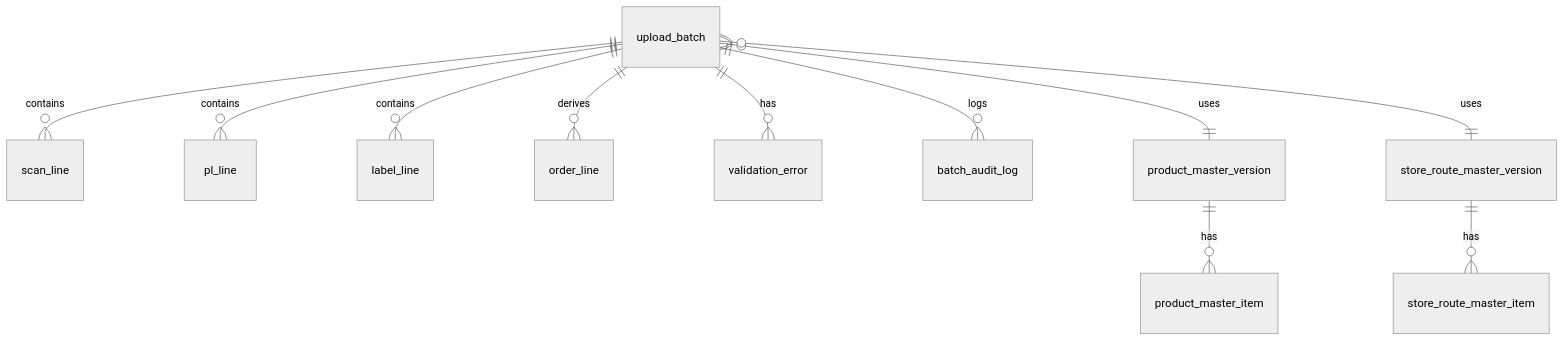
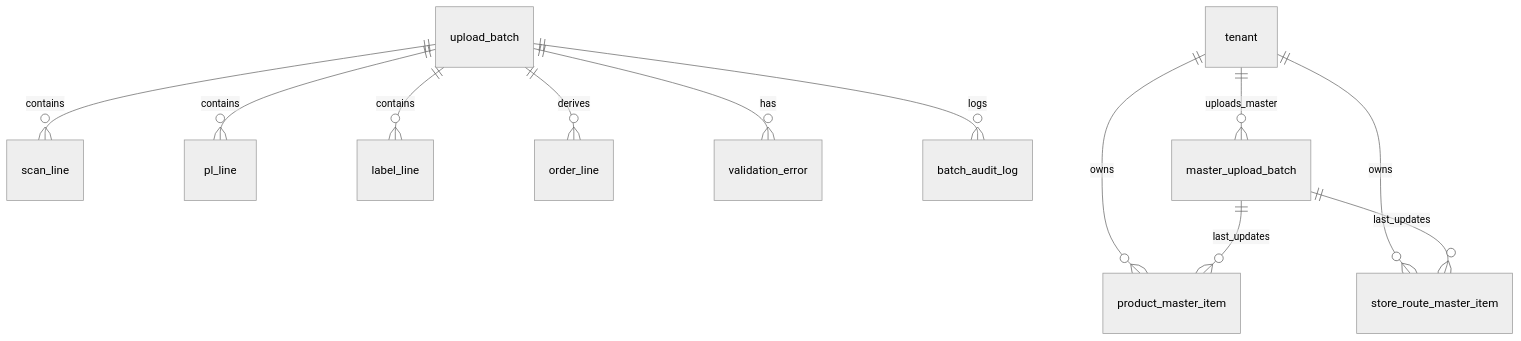
Before and after one commit to mj-juyeong/oms-order-platform: the diagram in docs/OMS_개발팀_전달용_최종요구사항_Codex_대화반영_최종.md, drawn with Mermaid (neutral theme). The commit also changed other lines of this file and 41 other files, not shown here.

````diff
--- a/docs/OMS_개발팀_전달용_최종요구사항_Codex_대화반영_최종.md
+++ b/docs/OMS_개발팀_전달용_최종요구사항_Codex_대화반영_최종.md
@@ -423,13 +422,14 @@
 ```mermaid
 erDiagram
     upload_batch ||--o{ scan_line : contains
     upload_batch ||--o{ pl_line : contains
     upload_batch ||--o{ label_line : contains
     upload_batch ||--o{ order_line : derives
     upload_batch ||--o{ validation_error : has
     upload_batch ||--o{ batch_audit_log : logs
-    product_master_version ||--o{ product_master_item : has
-    store_route_master_version ||--o{ store_route_master_item : has
-    upload_batch }o--|| product_master_version : uses
-    upload_batch }o--|| store_route_master_version : uses
+    tenant ||--o{ master_upload_batch : uploads_master
+    tenant ||--o{ product_master_item : owns
+    tenant ||--o{ store_route_master_item : owns
+    master_upload_batch ||--o{ product_master_item : last_updates
+    master_upload_batch ||--o{ store_route_master_item : last_updates
 ```
````
